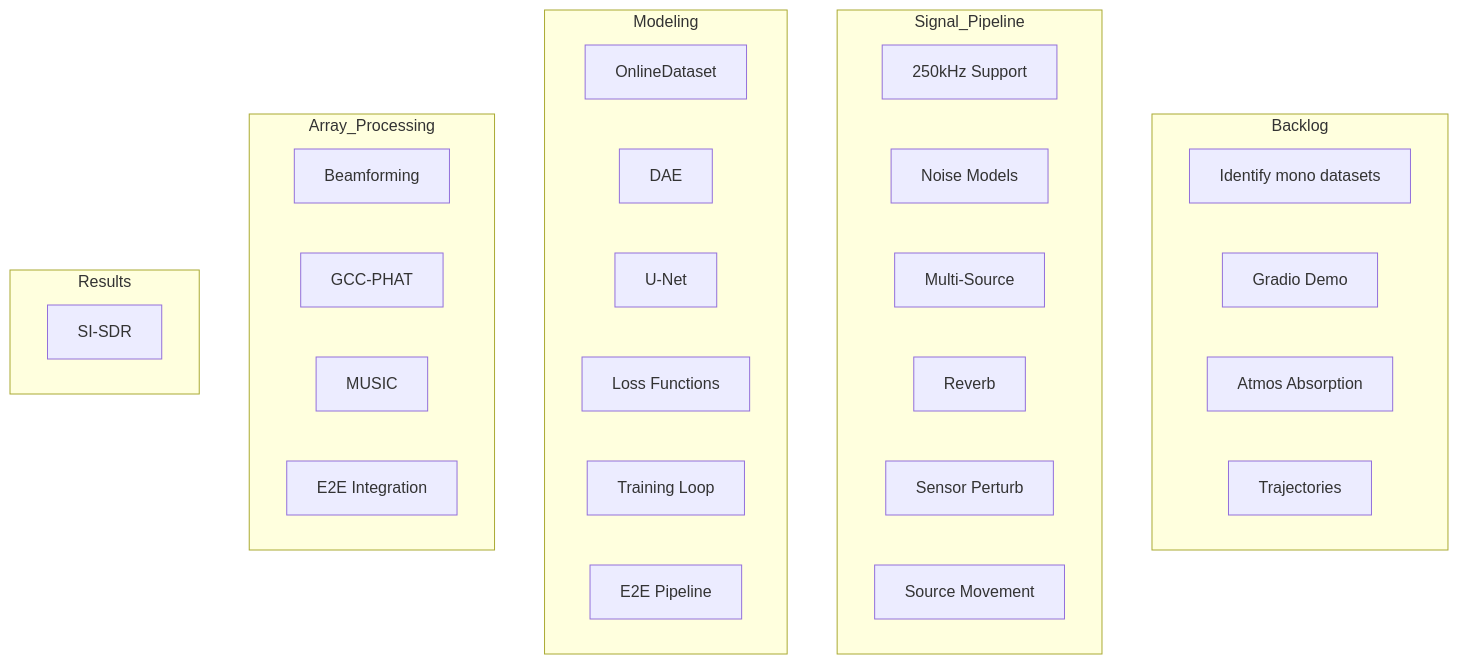
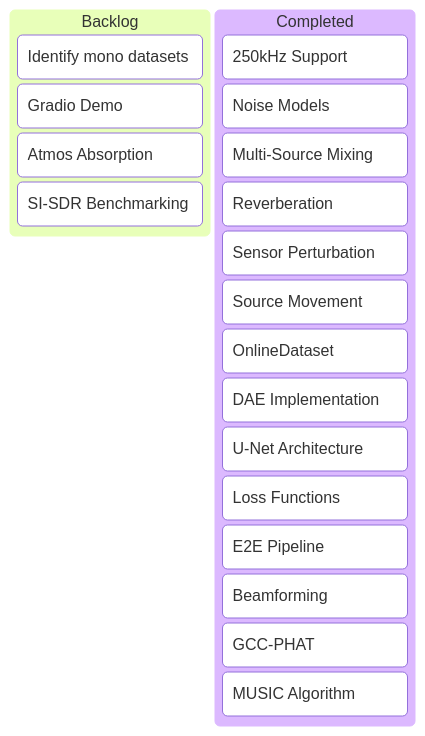
The diagram in docs/BioCPPNet/KANBAN.md (paulmziegler/BioCPPNet), drawn with Mermaid before and after one commit. The commit also changed other lines of this file, not shown here.

Commit message:
Update KANBAN to reflect completion of comprehensive spatial testing

````diff
--- a/docs/BioCPPNet/KANBAN.md
+++ b/docs/BioCPPNet/KANBAN.md
@@ -9,34 +9,23 @@
 ```mermaid
-graph TD
-  subgraph Backlog
-    B1[Identify mono datasets]
-    B2[Gradio Demo]
-    B3[Atmos Absorption]
-    B4[Trajectories]
-  end
-  subgraph Signal_Pipeline
-    S1[250kHz Support]
-    S2[Noise Models]
-    S3[Multi-Source]
-    S4[Reverb]
-    S5[Sensor Perturb]
-    S6[Source Movement]
-  end
-  subgraph Modeling
-    M1[OnlineDataset]
-    M2[DAE]
-    M3[U-Net]
-    M4[Loss Functions]
-    M5[Training Loop]
-    M6[E2E Pipeline]
-  end
-  subgraph Array_Processing
-    A1[Beamforming]
-    A2[GCC-PHAT]
-    A3[MUSIC]
-    A4[E2E Integration]
-  end
-  subgraph Results
-    R1[SI-SDR]
-  end
+kanban
+  Backlog
+    [Identify mono datasets]
+    [Gradio Demo]
+    [Atmos Absorption]
+    [SI-SDR Benchmarking]
+  Completed
+    [250kHz Support]
+    [Noise Models]
+    [Multi-Source Mixing]
+    [Reverberation]
+    [Sensor Perturbation]
+    [Source Movement]
+    [OnlineDataset]
+    [DAE Implementation]
+    [U-Net Architecture]
+    [Loss Functions]
+    [E2E Pipeline]
+    [Beamforming]
+    [GCC-PHAT]
+    [MUSIC Algorithm]
 ```
````
